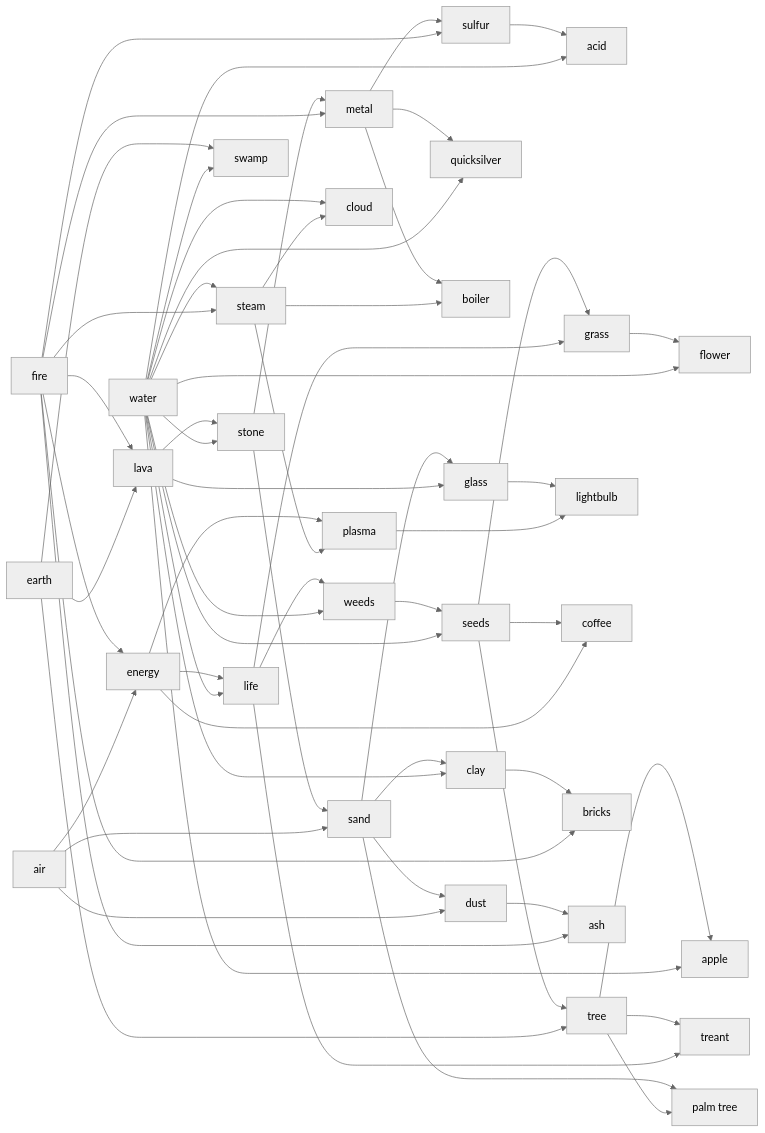
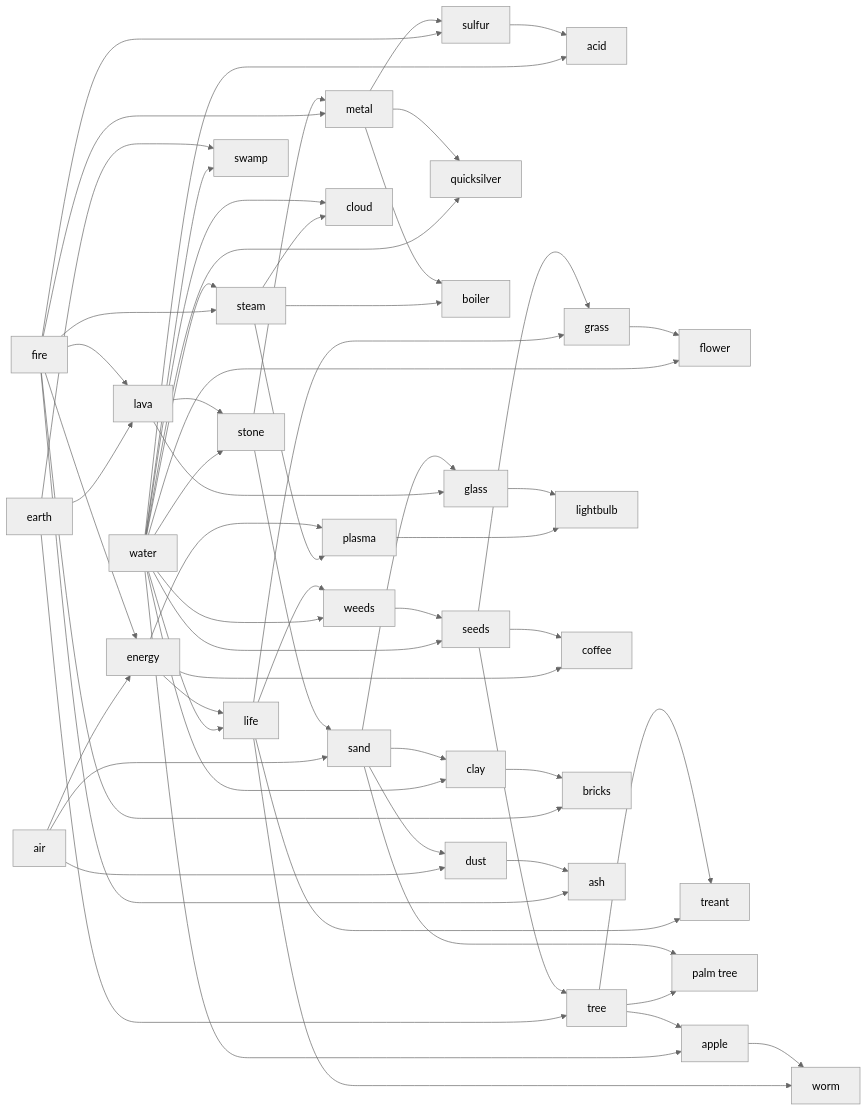
One commit to res0nat0r/doodle-god changed the diagram in README.md. Above: the diagram before and after it, drawn with Mermaid (neutral theme).

````diff
--- a/README.md
+++ b/README.md
@@ -90,4 +90,7 @@
 
 tree --> apple
 water --> apple
+
+apple --> worm
+life --> worm
 ```
````
